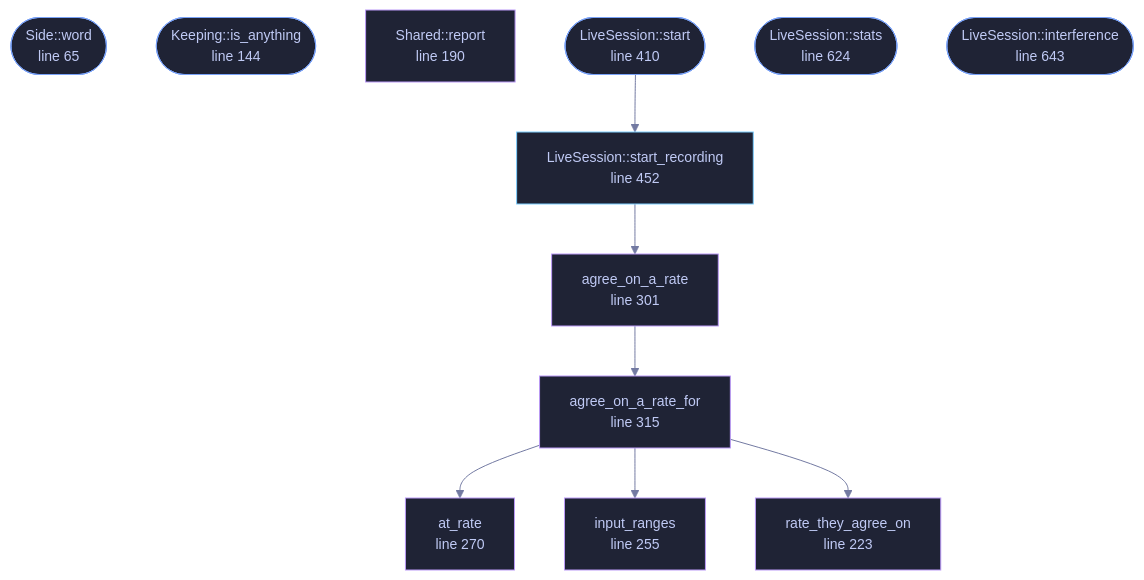
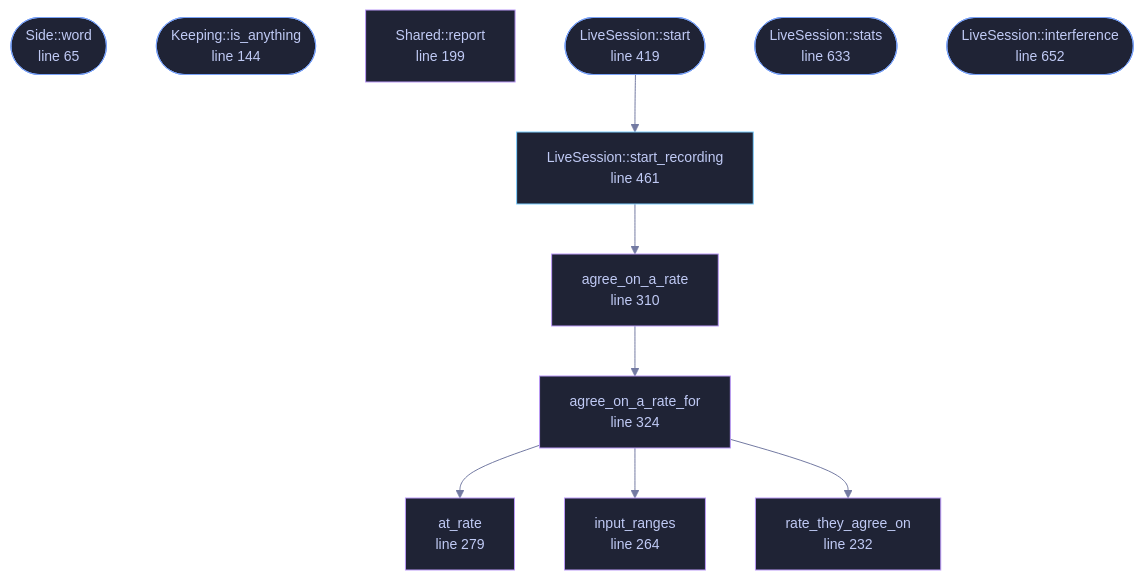
Before and after one commit to tilas01/veilvoice: the diagram in docs/files/veilvoice-audio/live.md, drawn with Mermaid. The commit also changed other lines of this file and 130 other files, not shown here.

````diff
--- a/docs/files/veilvoice-audio/live.md
+++ b/docs/files/veilvoice-audio/live.md
@@ -107,40 +107,40 @@
 ```mermaid
 %%{init: {"theme":"base","themeVariables":{"background":"#1a1b26","primaryColor":"#1f2335","primaryTextColor":"#c0caf5","primaryBorderColor":"#7aa2f7","secondaryColor":"#16161e","tertiaryColor":"#16161e","lineColor":"#737aa2","textColor":"#c0caf5","mainBkg":"#1f2335","nodeBorder":"#7aa2f7","clusterBkg":"#16161e","clusterBorder":"#2f3549","fontFamily":"ui-monospace, SFMono-Regular, Consolas, monospace","fontSize":"14px"}}}%%
 flowchart TD
     n_word(["Side::word<br/>line 65"])
     n_is_anything(["Keeping::is_anything<br/>line 144"])
-    n_report["Shared::report<br/>line 190"]
-    n_rate_they_agree_on["rate_they_agree_on<br/>line 223"]
-    n_input_ranges["input_ranges<br/>line 255"]
-    n_at_rate["at_rate<br/>line 270"]
-    n_agree_on_a_rate["agree_on_a_rate<br/>line 301"]
-    n_agree_on_a_rate_for["agree_on_a_rate_for<br/>line 315"]
-    n_start(["LiveSession::start<br/>line 410"])
-    n_start_recording["LiveSession::start_recording<br/>line 452"]
-    n_stats(["LiveSession::stats<br/>line 624"])
-    n_interference(["LiveSession::interference<br/>line 643"])
+    n_report["Shared::report<br/>line 199"]
+    n_rate_they_agree_on["rate_they_agree_on<br/>line 232"]
+    n_input_ranges["input_ranges<br/>line 264"]
+    n_at_rate["at_rate<br/>line 279"]
+    n_agree_on_a_rate["agree_on_a_rate<br/>line 310"]
+    n_agree_on_a_rate_for["agree_on_a_rate_for<br/>line 324"]
+    n_start(["LiveSession::start<br/>line 419"])
+    n_start_recording["LiveSession::start_recording<br/>line 461"]
+    n_stats(["LiveSession::stats<br/>line 633"])
+    n_interference(["LiveSession::interference<br/>line 652"])
     n_agree_on_a_rate --> n_agree_on_a_rate_for
     n_agree_on_a_rate_for --> n_at_rate
     n_agree_on_a_rate_for --> n_input_ranges
     n_agree_on_a_rate_for --> n_rate_they_agree_on
     n_start --> n_start_recording
     n_start_recording --> n_agree_on_a_rate
     click n_word href "https://github.com/tilas01/veilvoice/blob/main/crates/veilvoice-audio/src/live.rs#L65" "open the source"
     click n_is_anything href "https://github.com/tilas01/veilvoice/blob/main/crates/veilvoice-audio/src/live.rs#L144" "open the source"
-    click n_report href "https://github.com/tilas01/veilvoice/blob/main/crates/veilvoice-audio/src/live.rs#L190" "open the source"
-    click n_rate_they_agree_on href "https://github.com/tilas01/veilvoice/blob/main/crates/veilvoice-audio/src/live.rs#L223" "open the source"
-    click n_input_ranges href "https://github.com/tilas01/veilvoice/blob/main/crates/veilvoice-audio/src/live.rs#L255" "open the source"
-    click n_at_rate href "https://github.com/tilas01/veilvoice/blob/main/crates/veilvoice-audio/src/live.rs#L270" "open the source"
-    click n_agree_on_a_rate href "https://github.com/tilas01/veilvoice/blob/main/crates/veilvoice-audio/src/live.rs#L301" "open the source"
-    click n_agree_on_a_rate_for href "https://github.com/tilas01/veilvoice/blob/main/crates/veilvoice-audio/src/live.rs#L315" "open the source"
-    click n_start href "https://github.com/tilas01/veilvoice/blob/main/crates/veilvoice-audio/src/live.rs#L410" "open the source"
-    click n_start_recording href "https://github.com/tilas01/veilvoice/blob/main/crates/veilvoice-audio/src/live.rs#L452" "open the source"
-    click n_stats href "https://github.com/tilas01/veilvoice/blob/main/crates/veilvoice-audio/src/live.rs#L624" "open the source"
-    click n_interference href "https://github.com/tilas01/veilvoice/blob/main/crates/veilvoice-audio/src/live.rs#L643" "open the source"
+    click n_report href "https://github.com/tilas01/veilvoice/blob/main/crates/veilvoice-audio/src/live.rs#L199" "open the source"
+    click n_rate_they_agree_on href "https://github.com/tilas01/veilvoice/blob/main/crates/veilvoice-audio/src/live.rs#L232" "open the source"
+    click n_input_ranges href "https://github.com/tilas01/veilvoice/blob/main/crates/veilvoice-audio/src/live.rs#L264" "open the source"
+    click n_at_rate href "https://github.com/tilas01/veilvoice/blob/main/crates/veilvoice-audio/src/live.rs#L279" "open the source"
+    click n_agree_on_a_rate href "https://github.com/tilas01/veilvoice/blob/main/crates/veilvoice-audio/src/live.rs#L310" "open the source"
+    click n_agree_on_a_rate_for href "https://github.com/tilas01/veilvoice/blob/main/crates/veilvoice-audio/src/live.rs#L324" "open the source"
+    click n_start href "https://github.com/tilas01/veilvoice/blob/main/crates/veilvoice-audio/src/live.rs#L419" "open the source"
+    click n_start_recording href "https://github.com/tilas01/veilvoice/blob/main/crates/veilvoice-audio/src/live.rs#L461" "open the source"
+    click n_stats href "https://github.com/tilas01/veilvoice/blob/main/crates/veilvoice-audio/src/live.rs#L633" "open the source"
+    click n_interference href "https://github.com/tilas01/veilvoice/blob/main/crates/veilvoice-audio/src/live.rs#L652" "open the source"
     classDef entry fill:#1f2335,stroke:#7aa2f7,color:#c0caf5
     class n_word,n_is_anything,n_start,n_stats,n_interference entry
     classDef api fill:#1f2335,stroke:#7dcfff,color:#c0caf5
     class n_start_recording api
     classDef helper fill:#1f2335,stroke:#bb9af7,color:#c0caf5
     class n_report,n_rate_they_agree_on,n_input_ranges,n_at_rate,n_agree_on_a_rate,n_agree_on_a_rate_for helper
 ```
````
